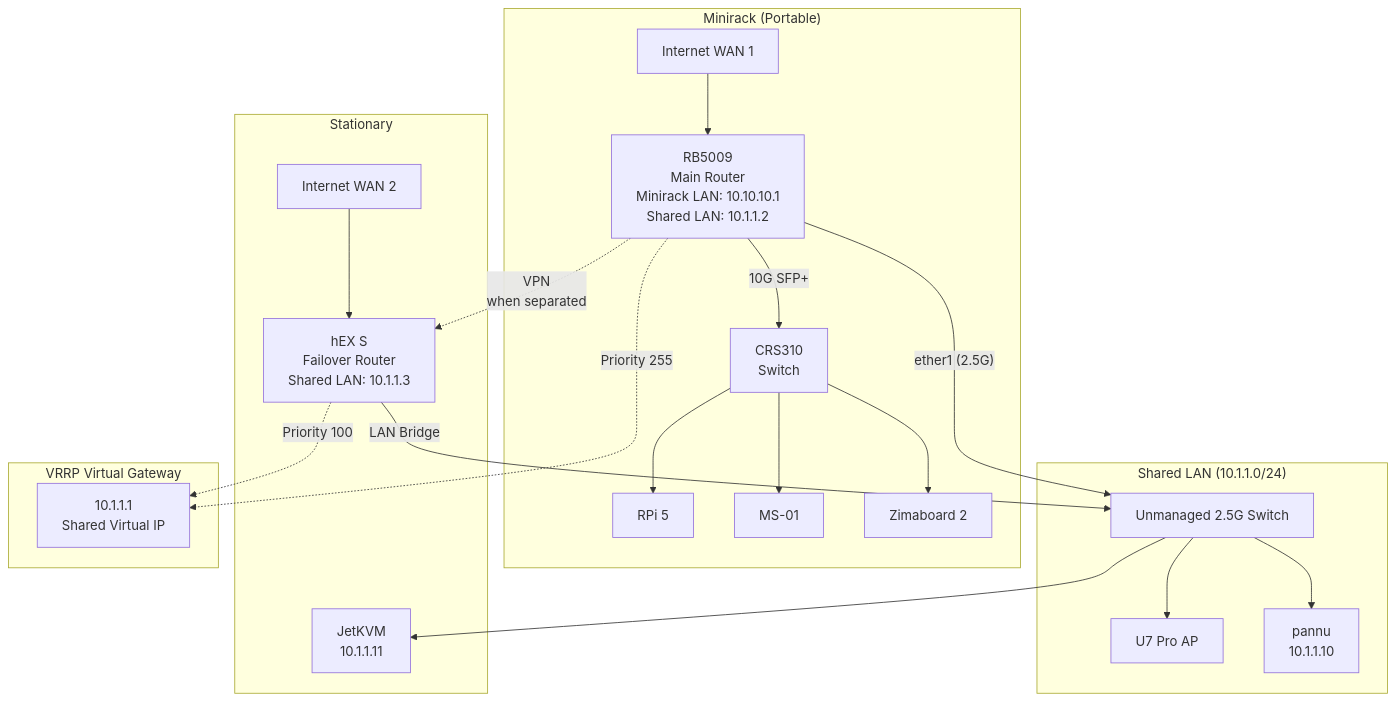
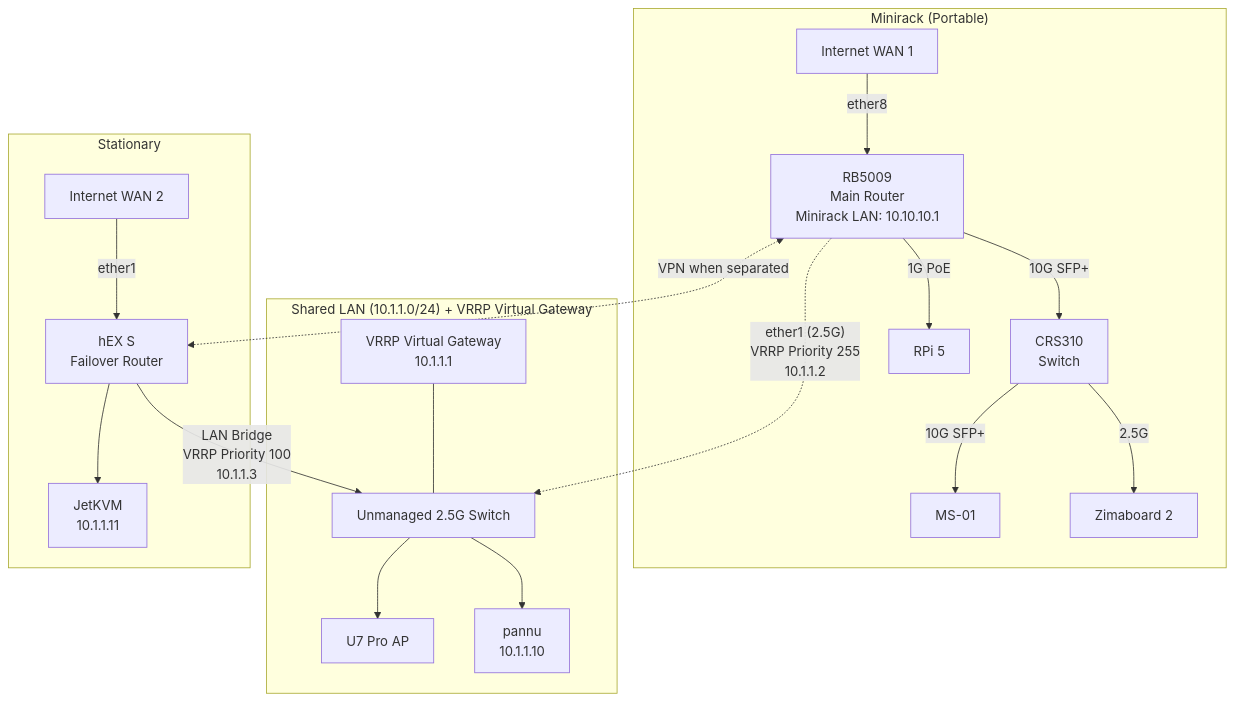
Before and after one commit to kahlstrm/infra: the diagram in local-networking/README.md, drawn with Mermaid. The commit also changed other lines of this file, not shown here.

Commit message:
update README.md, improve diagram

````diff
--- a/local-networking/README.md
+++ b/local-networking/README.md
@@ -16,45 +16,41 @@
 ```mermaid
 graph TB
-    subgraph "Shared LAN (10.1.1.0/24)"
-        SWITCH[Unmanaged 2.5G Switch]
-        U7[U7 Pro AP]
-        PANNU[pannu<br/>10.1.1.10]
-        SWITCH --> U7
-        SWITCH --> PANNU
-    end
-
     subgraph "Minirack (Portable)"
         WAN1[Internet WAN 1]
-        RB5009[RB5009<br/>Main Router<br/>Minirack LAN: 10.10.10.1<br/>Shared LAN: 10.1.1.2]
+        RB5009[RB5009<br/>Main Router<br/>Minirack LAN: 10.10.10.1]
         CRS310[CRS310<br/>Switch]
         RPI5[RPi 5]
         MS01[MS-01]
         ZIMA[Zimaboard 2]
 
-        WAN1 --> RB5009
-        RB5009 -- "ether1 (2.5G)" --> SWITCH
+        WAN1 -- "ether8" --> RB5009
         RB5009 -- "10G SFP+" --> CRS310
-        CRS310 --> RPI5
-        CRS310 --> MS01
-        CRS310 --> ZIMA
+        RB5009 -- "1G PoE" --> RPI5
+        CRS310 -- "10G SFP+" --> MS01
+        CRS310 -- "2.5G" --> ZIMA
+    end
+
+    subgraph "Shared LAN (10.1.1.0/24) + VRRP Virtual Gateway"
+        VRRP[VRRP Virtual Gateway<br/>10.1.1.1]
+        SWITCH[Unmanaged 2.5G Switch]
+        U7[U7 Pro AP]
+        PANNU[pannu<br/>10.1.1.10]
+
+        VRRP --- SWITCH
+        SWITCH --> U7
+        SWITCH --> PANNU
     end
 
     subgraph "Stationary"
         WAN2[Internet WAN 2]
-        HEXS[hEX S<br/>Failover Router<br/>Shared LAN: 10.1.1.3]
+        HEXS[hEX S<br/>Failover Router]
         JETKVM[JetKVM<br/>10.1.1.11]
 
-        WAN2 --> HEXS
-        HEXS -- "LAN Bridge" --> SWITCH
-        SWITCH --> JETKVM
+        WAN2 -- "ether1" --> HEXS
+        HEXS --> JETKVM
     end
 
-
-    RB5009 -.->|VPN<br/>when separated| HEXS
-
-    subgraph "VRRP Virtual Gateway"
-        VRRP[10.1.1.1<br/>Shared Virtual IP]
-        RB5009 -.->|Priority 255| VRRP
-        HEXS -.->|Priority 100| VRRP
-    end
+    RB5009 -. "ether1 (2.5G)<br/>VRRP Priority 255<br/>10.1.1.2" .-> SWITCH
+    HEXS -- "LAN Bridge<br/>VRRP Priority 100<br/>10.1.1.3" --> SWITCH
+    RB5009 <-.->|VPN when separated| HEXS
 ```
````
